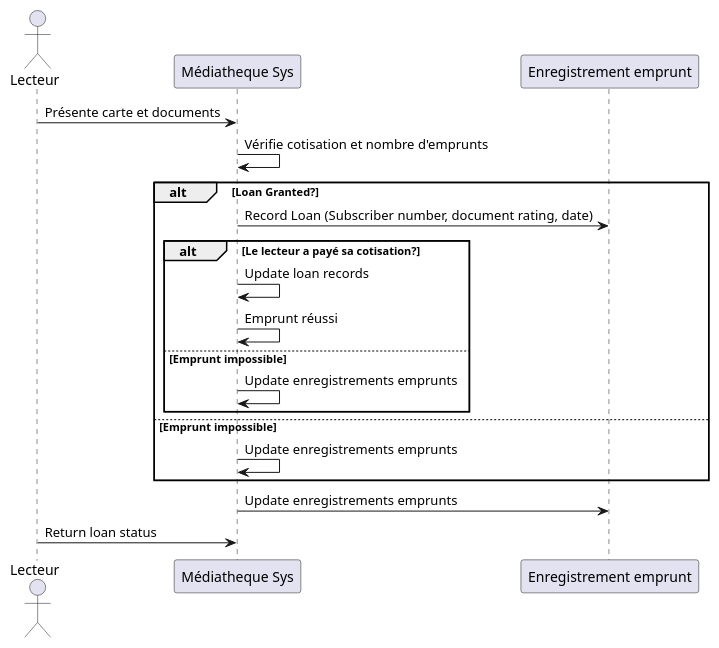
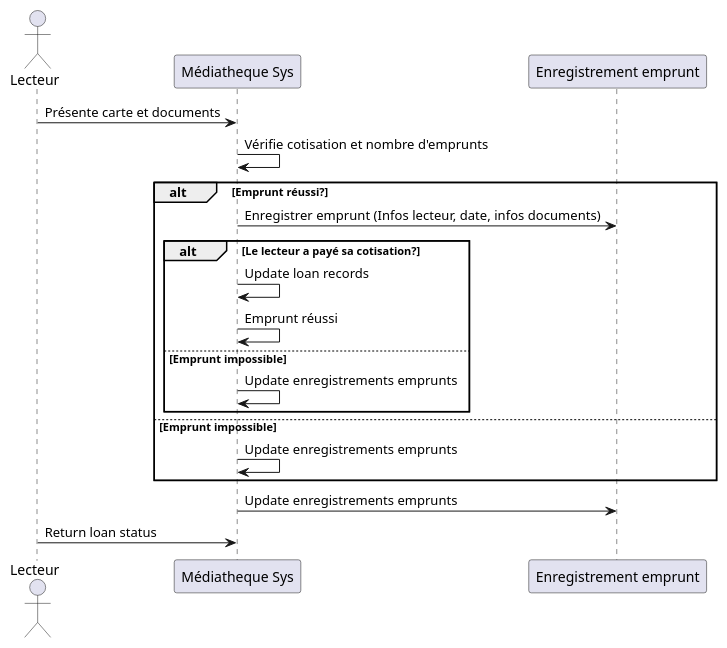
The second of 3 diagrams in test.puml (mnobrega77/test_plantUML), drawn with PlantUML before and after one commit.

Commit message:
ms uml  wip

```diff
--- a/test.puml
+++ b/test.puml
@@ -26,21 +26,21 @@
 @startuml
 actor Lecteur
 participant "Médiatheque Sys" as MS
 participant "Enregistrement emprunt" as EE
 
 Lecteur -> MS: Présente carte et documents
 MS -> MS: Vérifie cotisation et nombre d'emprunts
-alt Loan Granted?
-  MS -> EE: Record Loan (Subscriber number, document rating, date)
+alt Emprunt réussi? 
+  MS -> EE: Enregistrer emprunt (Infos lecteur, date, infos documents)
   alt Le lecteur a payé sa cotisation?
     MS -> MS: Update loan records
     MS -> MS: Emprunt réussi
   else Emprunt impossible
     MS -> MS: Update enregistrements emprunts
   end
 else Emprunt impossible
   MS -> MS: Update enregistrements emprunts
 end
 MS -> EE: Update enregistrements emprunts
 Lecteur -> MS: Return loan status
 @enduml
```
